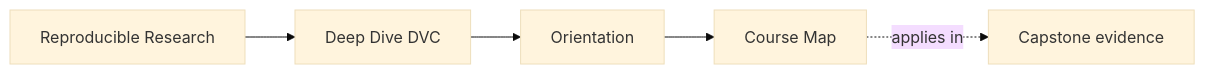
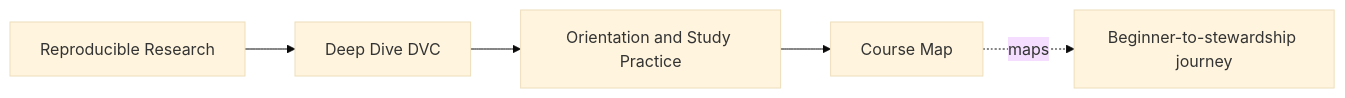
One commit to bijux/bijux-masterclass changed the first of 3 diagrams in programs/reproducible-research/deep-dive-dvc/course-book/module-00-orientation/course-map.md. Above: the diagram before and after it, drawn with Mermaid (base theme). The commit also changed other lines of this file, not shown here.

````diff
--- a/programs/reproducible-research/deep-dive-dvc/course-book/module-00-orientation/course-map.md
+++ b/programs/reproducible-research/deep-dive-dvc/course-book/module-00-orientation/course-map.md
@@ -6,11 +6,11 @@
 ```mermaid
 graph LR
   family["Reproducible Research"]
   program["Deep Dive DVC"]
-  section["Orientation"]
+  section["Orientation and Study Practice"]
   page["Course Map"]
-  capstone["Capstone evidence"]
+  journey["Beginner-to-stewardship journey"]
 
   family --> program --> section --> page
-  page -.applies in.-> capstone
+  page -.maps.-> journey
 ```
````
